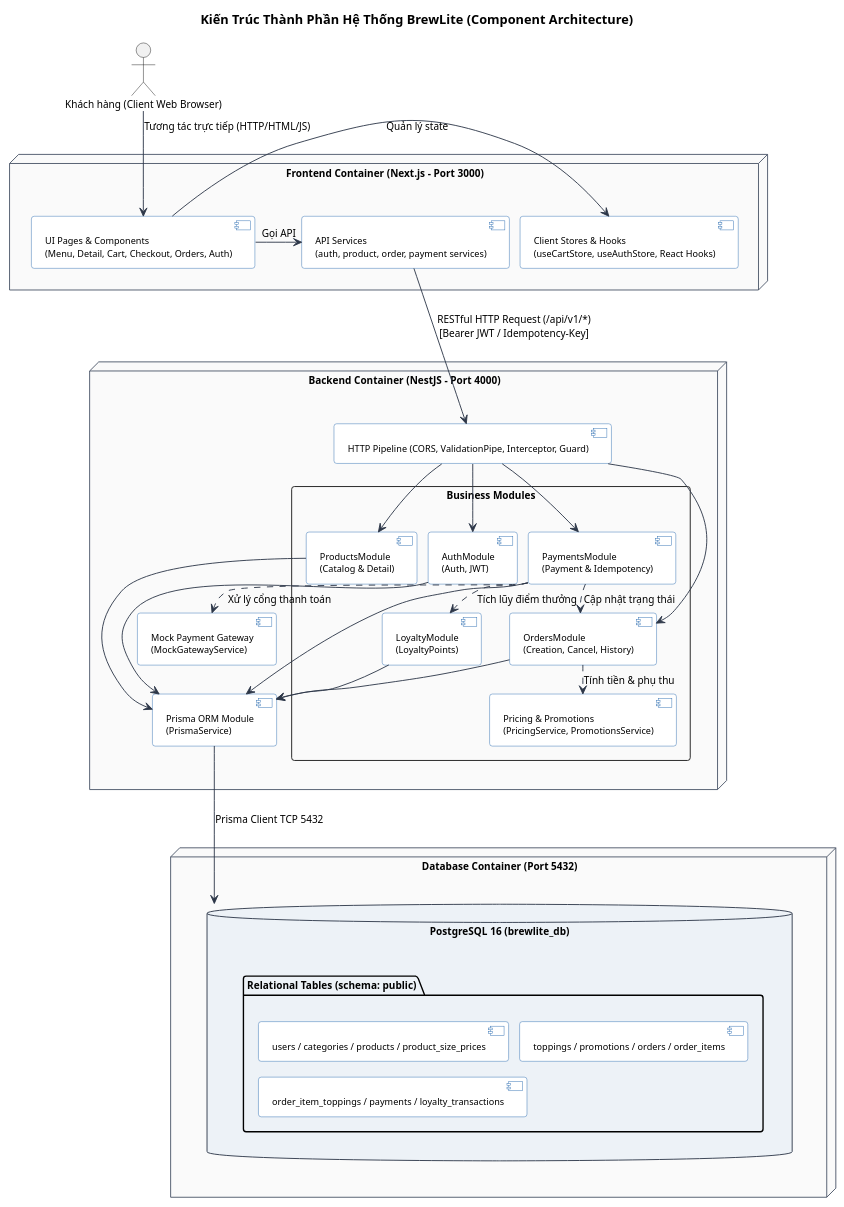
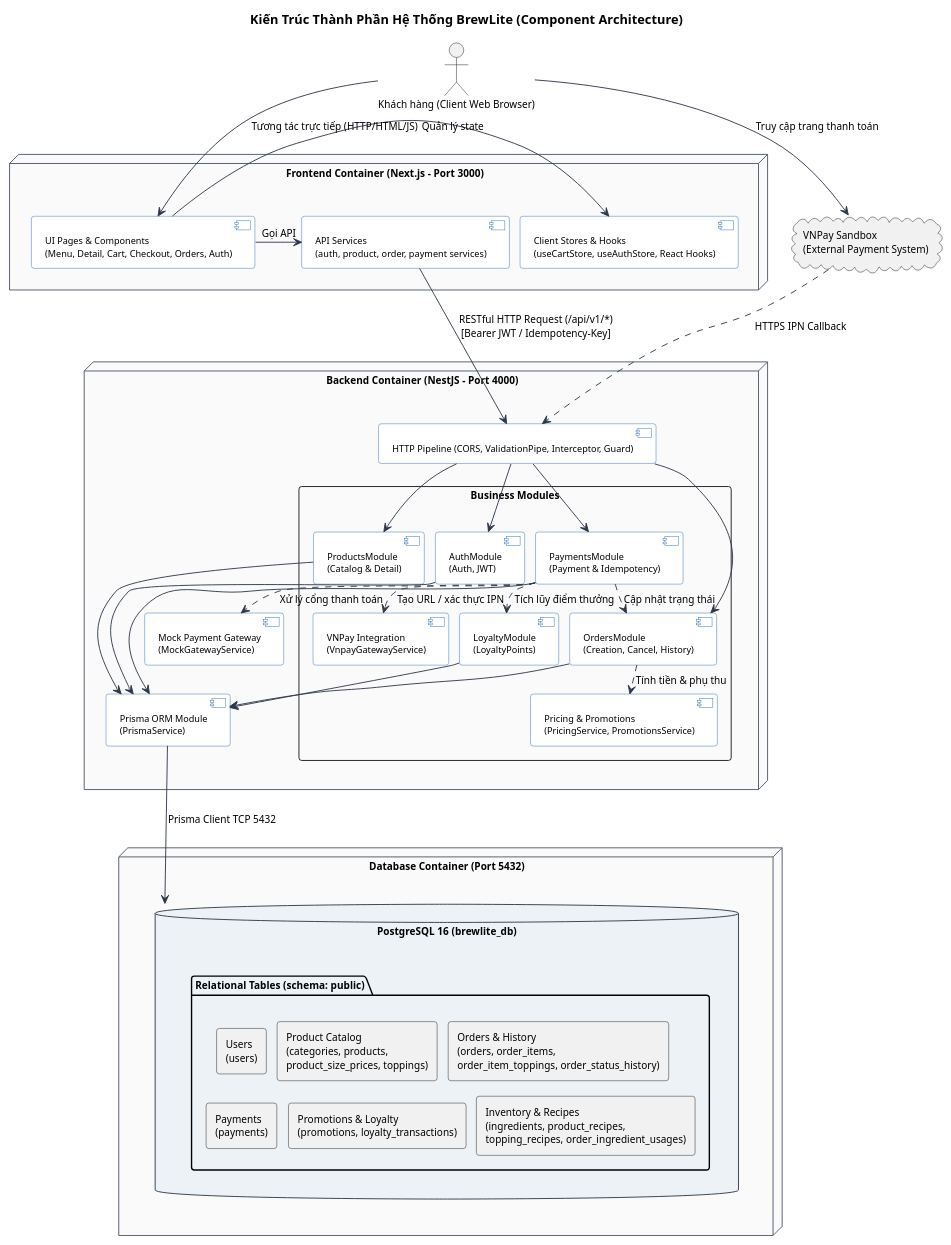
Before and after one commit to ChienPM-27/BrewLite_assignment2: the diagram in docs/architecture/c4-container.puml, drawn with PlantUML. The commit also changed other lines of this file and 8 other files, not shown here.

Commit message:
docs(menu): complete SP1-03 requirements diagrams and architecture

```diff
--- a/docs/architecture/c4-container.puml
+++ b/docs/architecture/c4-container.puml
@@ -1,91 +1,101 @@
 @startuml component-architecture
 title Kiến Trúc Thành Phần Hệ Thống BrewLite (Component Architecture)
 skinparam defaultFontName Arial
 skinparam shadowing false
 skinparam roundcorner 6
 skinparam nodesep 12
 skinparam ranksep 14
 skinparam defaultFontSize 11
 skinparam componentFontSize 10
 skinparam componentStyle uml2
 skinparam packageStyle rectangle
 
 skinparam node {
     BackgroundColor #FAFAFA
     BorderColor #4A5568
 }
 skinparam component {
     BackgroundColor #FFFFFF
     BorderColor #2B6CB0
     ArrowColor #2D3748
 }
 skinparam database {
     BackgroundColor #EDF2F7
     BorderColor #2D3748
 }
 
 actor "Khách hàng (Client Web Browser)" as Client
 
 node "Frontend Container (Next.js - Port 3000)" as FE_Node {
     component [UI Pages & Components\n(Menu, Detail, Cart, Checkout, Orders, Auth)] as UI
     component [Client Stores & Hooks\n(useCartStore, useAuthStore, React Hooks)] as StateStore
     component [API Services\n(auth, product, order, payment services)] as ApiClient
     
     UI -> StateStore : Quản lý state
     UI -> ApiClient : Gọi API
 }
 
 node "Backend Container (NestJS - Port 4000)" as BE_Node {
     component [HTTP Pipeline (CORS, ValidationPipe, Interceptor, Guard)] as Middleware
 
     package "Business Modules" {
         component [AuthModule\n(Auth, JWT)] as AuthMod
         component [ProductsModule\n(Catalog & Detail)] as ProductsMod
         component [OrdersModule\n(Creation, Cancel, History)] as OrdersMod
         component [PaymentsModule\n(Payment & Idempotency)] as PaymentsMod
         component [Pricing & Promotions\n(PricingService, PromotionsService)] as PricingMod
         component [LoyaltyModule\n(LoyaltyPoints)] as LoyaltyMod
+        component [VNPay Integration\n(VnpayGatewayService)] as VNPayService
     }
 
     component [Prisma ORM Module\n(PrismaService)] as PrismaMod
     component [Mock Payment Gateway\n(MockGatewayService)] as MockGateway
 }
 
 node "Database Container (Port 5432)" as DB_Node {
     database "PostgreSQL 16 (brewlite_db)" as PostgresDB {
         folder "Relational Tables (schema: public)" {
-            [users / categories / products / product_size_prices]
-            [toppings / promotions / orders / order_items]
-            [order_item_toppings / payments / loyalty_transactions]
+
+            rectangle "Users\n(users)" as UsersTables
+            rectangle "Product Catalog\n(categories, products,\nproduct_size_prices, toppings)" as CatalogTables
+            rectangle "Orders & History\n(orders, order_items,\norder_item_toppings, order_status_history)" as OrdersTables
+            rectangle "Payments\n(payments)" as PaymentTables
+            rectangle "Promotions & Loyalty\n(promotions, loyalty_transactions)" as LoyaltyTables
+            rectangle "Inventory & Recipes\n(ingredients, product_recipes,\ntopping_recipes, order_ingredient_usages)" as InventoryTables
         }
     }
 }
+
+cloud "VNPay Sandbox\n(External Payment System)" as VNPay
 
 ' External interactions
 Client --> UI : Tương tác trực tiếp (HTTP/HTML/JS)
 ApiClient --> Middleware : RESTful HTTP Request (/api/v1/*)\n[Bearer JWT / Idempotency-Key]
 
 ' Backend routing
 Middleware --> AuthMod
 Middleware --> ProductsMod
 Middleware --> OrdersMod
 Middleware --> PaymentsMod
 
 ' Inter-module relations
 OrdersMod ..> PricingMod : Tính tiền & phụ thu
 PaymentsMod ..> OrdersMod : Cập nhật trạng thái
 PaymentsMod ..> MockGateway : Xử lý cổng thanh toán
 PaymentsMod ..> LoyaltyMod : Tích lũy điểm thưởng
 
 AuthMod --> PrismaMod
 ProductsMod --> PrismaMod
 OrdersMod --> PrismaMod
 PaymentsMod --> PrismaMod
 LoyaltyMod --> PrismaMod
 
+PaymentsMod ..> VNPayService : Tạo URL / xác thực IPN
+Client --> VNPay : Truy cập trang thanh toán
+VNPay ..> Middleware : HTTPS IPN Callback
 PrismaMod --> PostgresDB : Prisma Client TCP 5432
 
 FE_Node -[hidden]down-> BE_Node
 BE_Node -[hidden]down-> DB_Node
 
 @enduml
```
